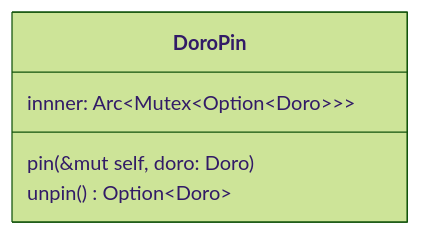
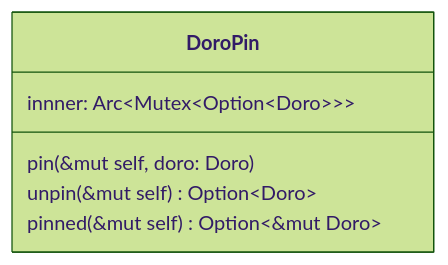
Before and after one commit to huangjj27/huangjj27.github.io: the third of 5 diagrams in src/pomo_doro/doro.md, drawn with Mermaid (forest theme). The commit also changed other lines of this file, not shown here.

Commit message:
sprint1(pomo_doro): 重新梳理doro 对象

````diff
--- a/src/pomo_doro/doro.md
+++ b/src/pomo_doro/doro.md
@@ -44,9 +46,10 @@
 ```mermaid
 classDiagram
 
     class DoroPin {
         innner: Arc~Mutex~Option~Doro~~~
         pin(&mut self, doro: Doro)
-        unpin() Option~Doro~
+        unpin(&mut self) Option~Doro~
+        pinned(&mut self) Option~&mut Doro~
     }
 ```
````
